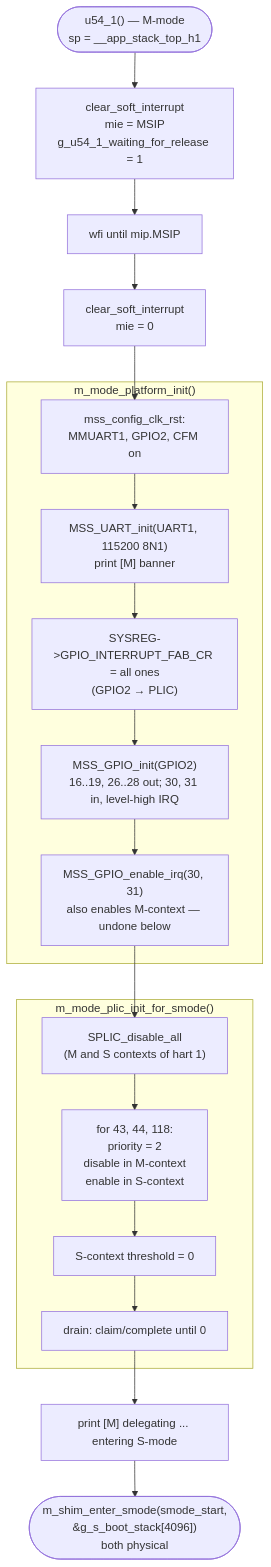
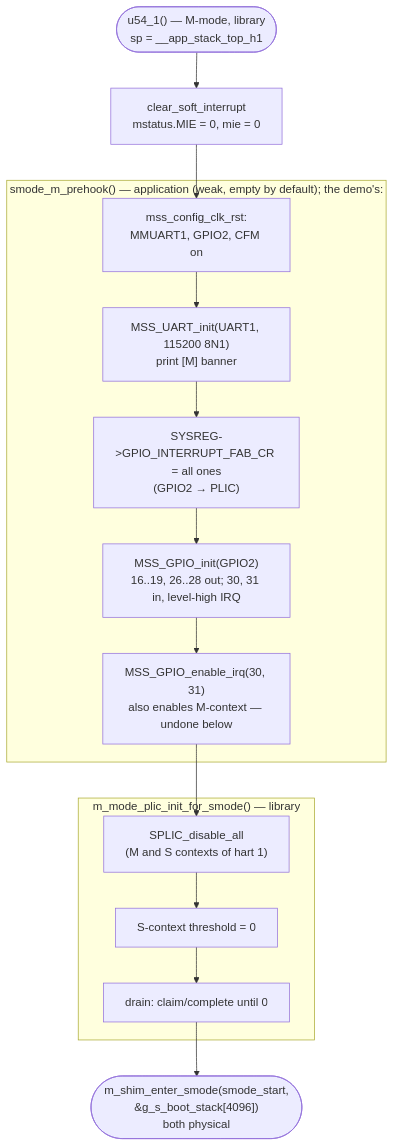
One commit to InuyashaITB/mpfs-freertos-smode changed the fourth of 12 diagrams in docs/boot-to-smode.md. Above: the diagram before and after it, drawn with Mermaid. The commit also changed other lines of this file and 37 other files, not shown here.

First line of the commit message:
Package the S-mode boot path and FreeRTOS as static libraries (CMake)

````diff
--- a/docs/boot-to-smode.md
+++ b/docs/boot-to-smode.md
@@ -160,24 +156,20 @@
 ```mermaid
 flowchart TD
-    A(["u54_1() — M-mode<br/>sp = __app_stack_top_h1"]) --> B["clear_soft_interrupt<br/>mie = MSIP<br/>g_u54_1_waiting_for_release = 1"]
-    B --> C["wfi until mip.MSIP"]
-    C --> D["clear_soft_interrupt<br/>mie = 0"]
+    A(["u54_1() — M-mode, library<br/>sp = __app_stack_top_h1"]) --> D["clear_soft_interrupt<br/>mstatus.MIE = 0, mie = 0"]
 
     D --> P1
-    subgraph PLAT ["m_mode_platform_init()"]
+    subgraph PLAT ["smode_m_prehook() — application (weak, empty by default); the demo's:"]
         P1["mss_config_clk_rst:<br/>MMUART1, GPIO2, CFM on"] --> P2["MSS_UART_init(UART1, 115200 8N1)<br/>print [M] banner"]
         P2 --> P3["SYSREG->GPIO_INTERRUPT_FAB_CR = all ones<br/>(GPIO2 → PLIC)"]
         P3 --> P4["MSS_GPIO_init(GPIO2)<br/>16..19, 26..28 out; 30, 31 in, level-high IRQ"]
         P4 --> P5["MSS_GPIO_enable_irq(30, 31)<br/>also enables M-context — undone below"]
     end
 
     P5 --> Q1
-    subgraph PLICS ["m_mode_plic_init_for_smode()"]
-        Q1["SPLIC_disable_all<br/>(M and S contexts of hart 1)"] --> Q2["for 43, 44, 118:<br/>priority = 2<br/>disable in M-context<br/>enable in S-context"]
-        Q2 --> Q3["S-context threshold = 0"]
+    subgraph PLICS ["m_mode_plic_init_for_smode() — library"]
+        Q1["SPLIC_disable_all<br/>(M and S contexts of hart 1)"] --> Q3["S-context threshold = 0"]
         Q3 --> Q4["drain: claim/complete until 0"]
     end
 
-    Q4 --> R["print [M] delegating ... entering S-mode"]
-    R --> S(["m_shim_enter_smode(smode_start,<br/>&g_s_boot_stack[4096])<br/>both physical"])
+    Q4 --> S(["m_shim_enter_smode(smode_start,<br/>&g_s_boot_stack[4096])<br/>both physical"])
 ```
````
